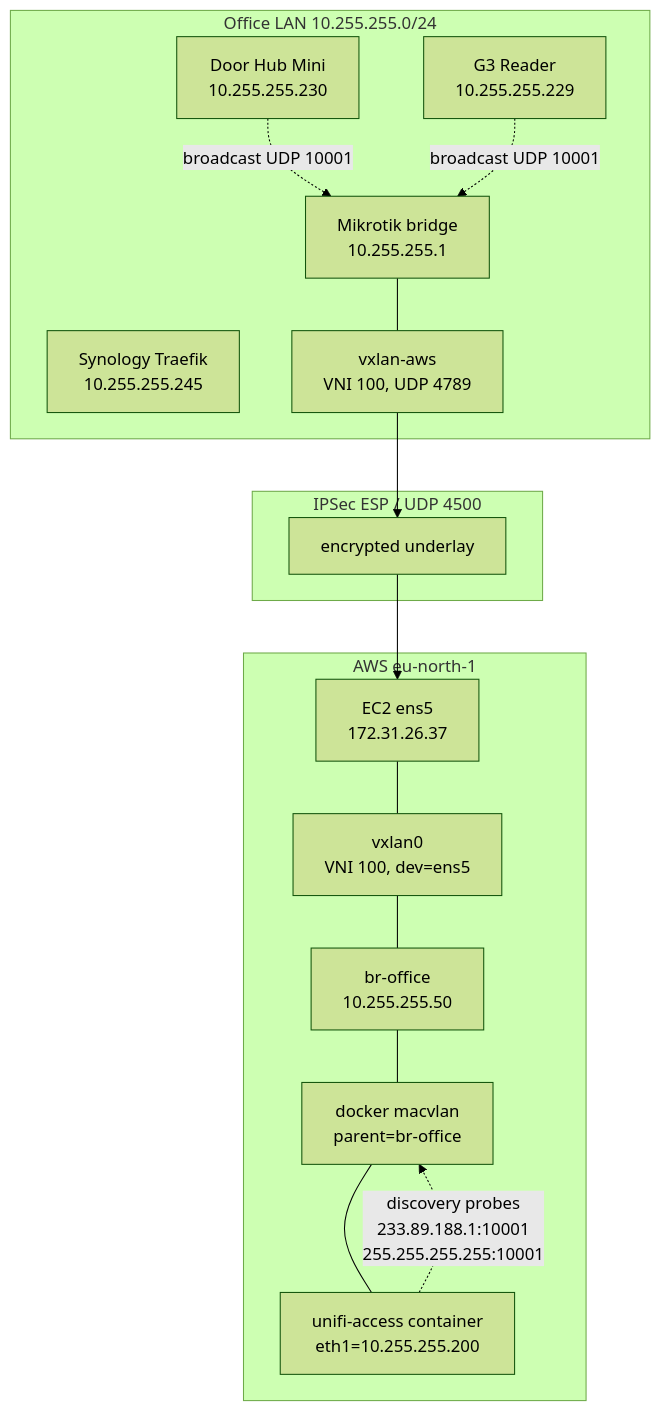
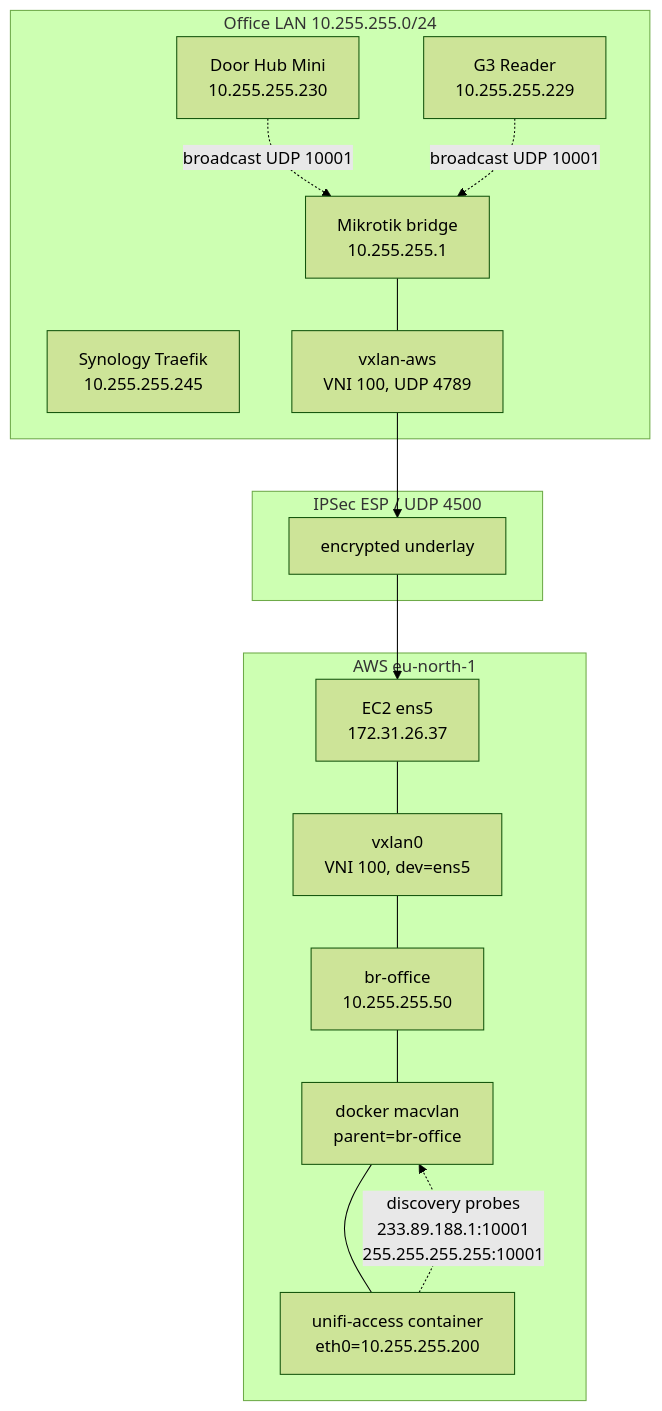
Before and after one commit to kuzaxak/blog: the fourth of 10 diagrams in content/posts/2026-05-24-unifi-access-vxlan-over-ipsec/index.md, drawn with Mermaid (forest theme). The commit also changed other lines of this file, not shown here.

````diff
--- a/content/posts/2026-05-24-unifi-access-vxlan-over-ipsec/index.md
+++ b/content/posts/2026-05-24-unifi-access-vxlan-over-ipsec/index.md
@@ -193,34 +193,34 @@
 ```mermaid
 flowchart TB
     subgraph Office["Office LAN 10.255.255.0/24"]
         Hub[Door Hub Mini<br/>10.255.255.230]
         Reader[G3 Reader<br/>10.255.255.229]
         Synology[Synology Traefik<br/>10.255.255.245]
         Mikrotik[Mikrotik bridge<br/>10.255.255.1]
         VXLANmt[vxlan-aws<br/>VNI 100, UDP 4789]
         Mikrotik --- VXLANmt
     end
 
     subgraph Tunnel["IPSec ESP / UDP 4500"]
         ipsec[encrypted underlay]
     end
 
     subgraph AWS["AWS eu-north-1"]
         ens5[EC2 ens5<br/>172.31.26.37]
         vxlan0[vxlan0<br/>VNI 100, dev=ens5]
         broffice[br-office<br/>10.255.255.50]
         macvlan[docker macvlan<br/>parent=br-office]
-        Container[unifi-access container<br/>eth1=10.255.255.200]
+        Container[unifi-access container<br/>eth0=10.255.255.200]
         ens5 --- vxlan0
         vxlan0 --- broffice
         broffice --- macvlan
         macvlan --- Container
     end
 
     VXLANmt --> ipsec
     ipsec --> ens5
 
     Hub -. "broadcast UDP 10001" .-> Mikrotik
     Reader -. "broadcast UDP 10001" .-> Mikrotik
     Container -. "discovery probes<br/>233.89.188.1:10001<br/>255.255.255.255:10001" .-> macvlan
 ```
````
